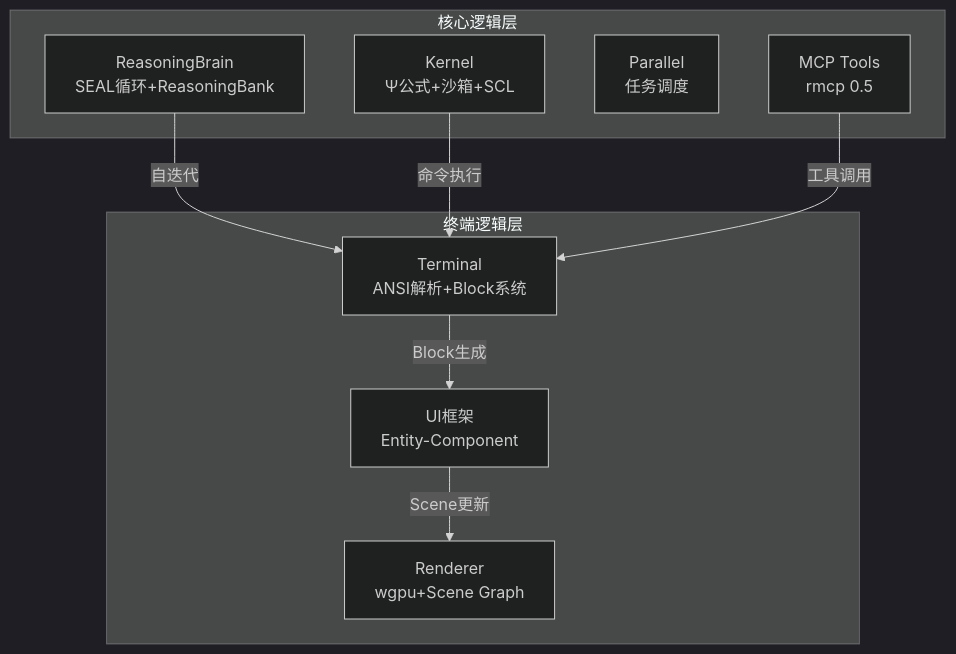
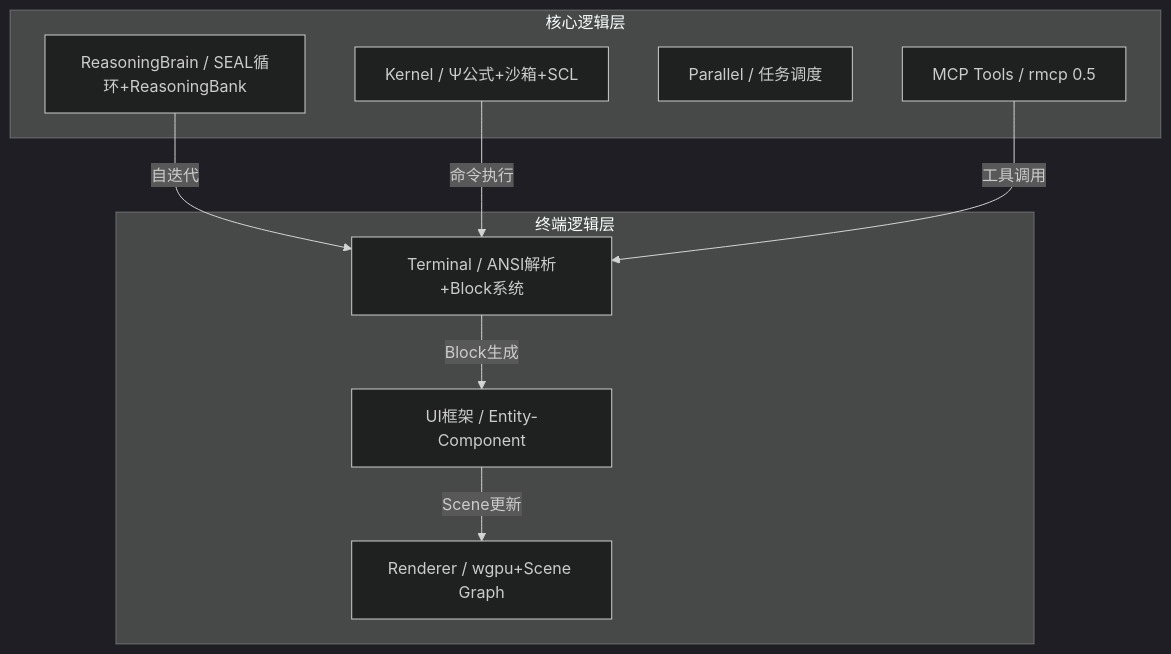
Before and after one commit to neo-trixs/NeoTrix: the diagram in docs/DEEP_ANALYSIS_4D.md, drawn with Mermaid (dark theme). The commit also changed other lines of this file and 6 other files, not shown here.

````diff
--- a/docs/DEEP_ANALYSIS_4D.md
+++ b/docs/DEEP_ANALYSIS_4D.md
@@ -356,21 +356,21 @@
 ```mermaid
 graph TB
     subgraph "核心逻辑层"
-        RB[ReasoningBrain<br/>SEAL循环+ReasoningBank]
-        K[Kernel<br/>Ψ公式+沙箱+SCL]
-        P[Parallel<br/>任务调度]
-        MCP[MCP Tools<br/>rmcp 0.5]
+        RB[ReasoningBrain / SEAL循环+ReasoningBank]
+        K[Kernel / Ψ公式+沙箱+SCL]
+        P[Parallel / 任务调度]
+        MCP[MCP Tools / rmcp 0.5]
     end
 
     subgraph "终端逻辑层"
-        T[Terminal<br/>ANSI解析+Block系统]
-        UI[UI框架<br/>Entity-Component]
-        R[Renderer<br/>wgpu+Scene Graph]
+        T[Terminal / ANSI解析+Block系统]
+        UI[UI框架 / Entity-Component]
+        R[Renderer / wgpu+Scene Graph]
     end
 
     RB -->|"自迭代"| T
     K -->|"命令执行"| T
     MCP -->|"工具调用"| T
     T -->|"Block生成"| UI
     UI -->|"Scene更新"| R
 ```
````
